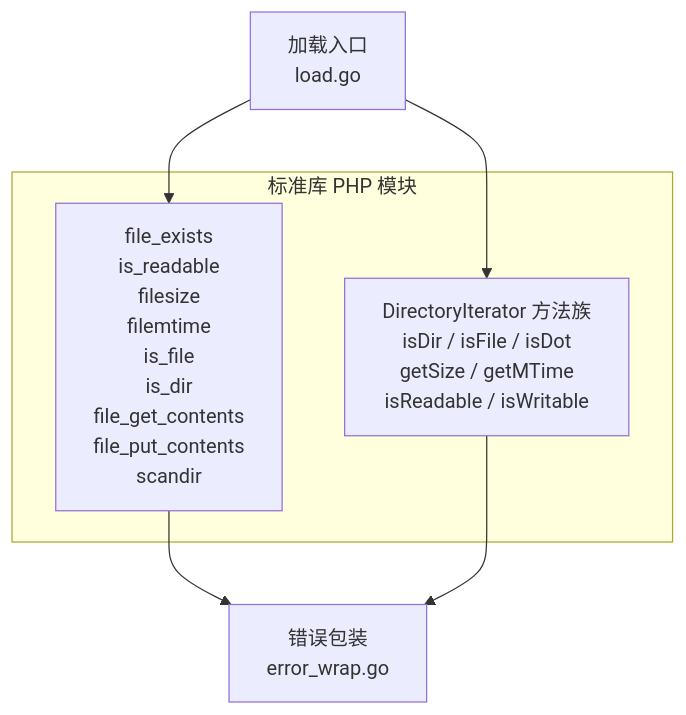
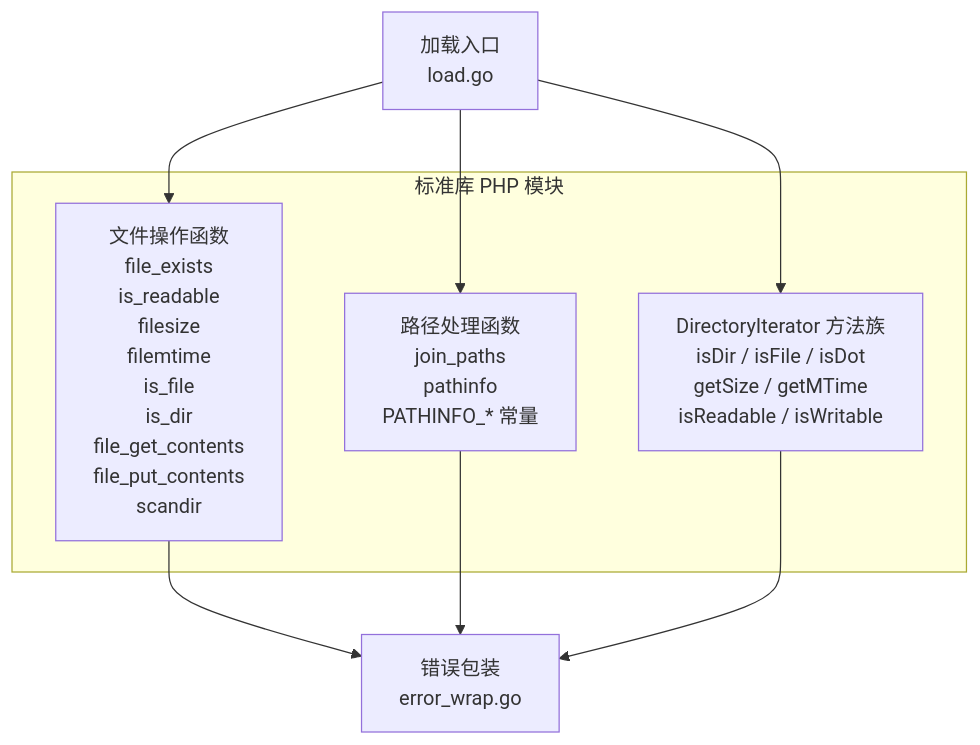
One commit to php-any/origami changed the first of 9 diagrams in .qoder/repowiki/zh/content/PHP集成/PHP标准库/文件系统函数.md. Above: the diagram before and after it, drawn with Mermaid. The commit also changed other lines of this file and 21 other files, not shown here.

````diff
--- a/.qoder/repowiki/zh/content/PHP集成/PHP标准库/文件系统函数.md
+++ b/.qoder/repowiki/zh/content/PHP集成/PHP标准库/文件系统函数.md
@@ -48,13 +62,16 @@
 ```mermaid
 graph TB
 subgraph "标准库 PHP 模块"
-A["file_exists<br/>is_readable<br/>filesize<br/>filemtime<br/>is_file<br/>is_dir<br/>file_get_contents<br/>file_put_contents<br/>scandir"]
-B["DirectoryIterator 方法族<br/>isDir / isFile / isDot<br/>getSize / getMTime<br/>isReadable / isWritable"]
+A["文件操作函数<br/>file_exists<br/>is_readable<br/>filesize<br/>filemtime<br/>is_file<br/>is_dir<br/>file_get_contents<br/>file_put_contents<br/>scandir"]
+B["路径处理函数<br/>join_paths<br/>pathinfo<br/>PATHINFO_* 常量"]
+C["DirectoryIterator 方法族<br/>isDir / isFile / isDot<br/>getSize / getMTime<br/>isReadable / isWritable"]
 end
-C["加载入口<br/>load.go"]
-D["错误包装<br/>error_wrap.go"]
-C --> A
-C --> B
-A --> D
-B --> D
+D["加载入口<br/>load.go"]
+E["错误包装<br/>error_wrap.go"]
+D --> A
+D --> B
+D --> C
+A --> E
+B --> E
+C --> E
 ```
````
